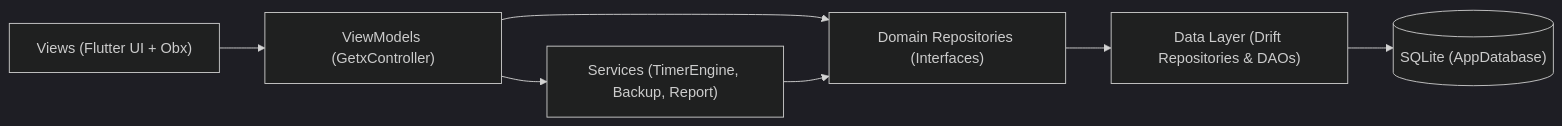
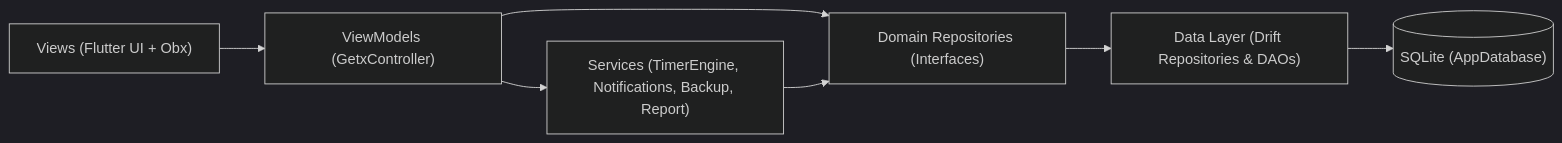
Before and after one commit to shumailamustafa/parhaiMate: the diagram in README.md, drawn with Mermaid (dark theme). The commit also changed other lines of this file, not shown here.

Commit message:
docs: update README for session alerts, Pomodoro long break, backup safety, signing and legal site

````diff
--- a/README.md
+++ b/README.md
@@ -98,9 +100,9 @@
 ```mermaid
 flowchart LR
     V["Views (Flutter UI + Obx)"] --> VM["ViewModels (GetxController)"]
-    VM --> S["Services (TimerEngine, Backup, Report)"]
+    VM --> S["Services (TimerEngine, Notifications, Backup, Report)"]
     VM --> R["Domain Repositories (Interfaces)"]
     S --> R
     R --> D["Data Layer (Drift Repositories & DAOs)"]
     D --> DB[("SQLite (AppDatabase)")]
 ```
````
